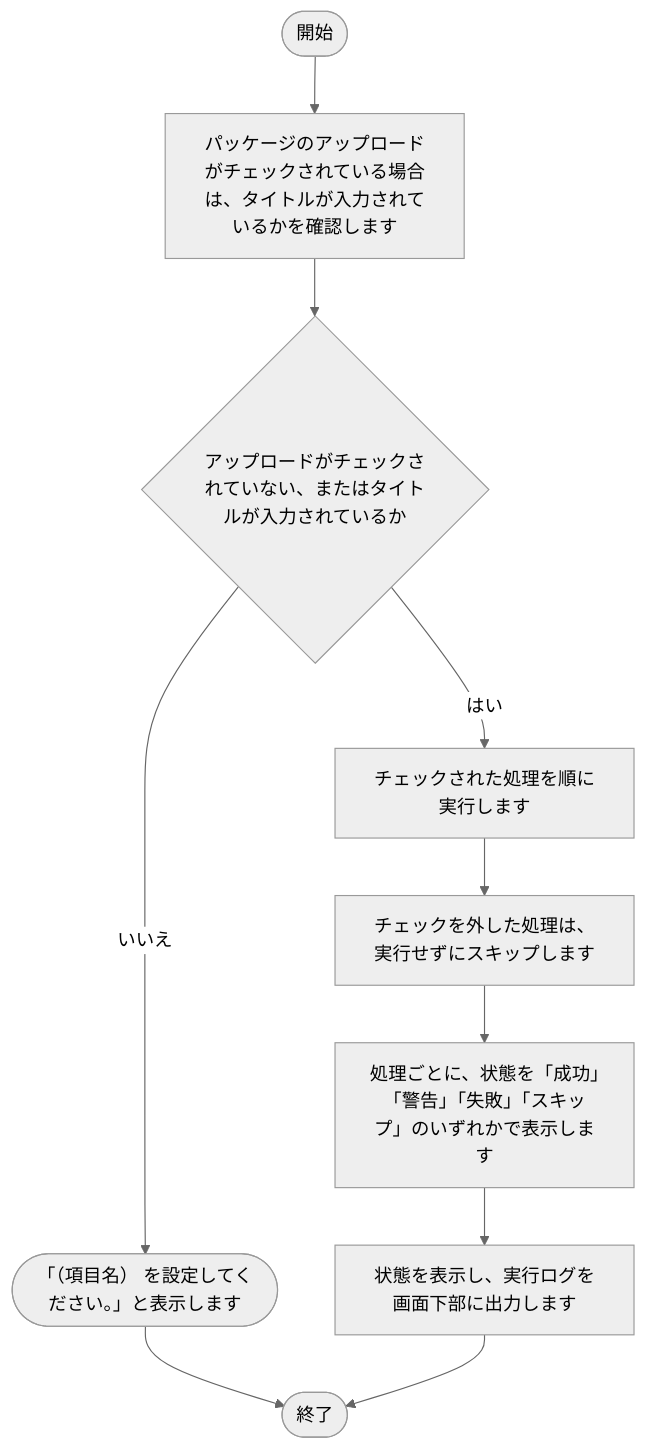
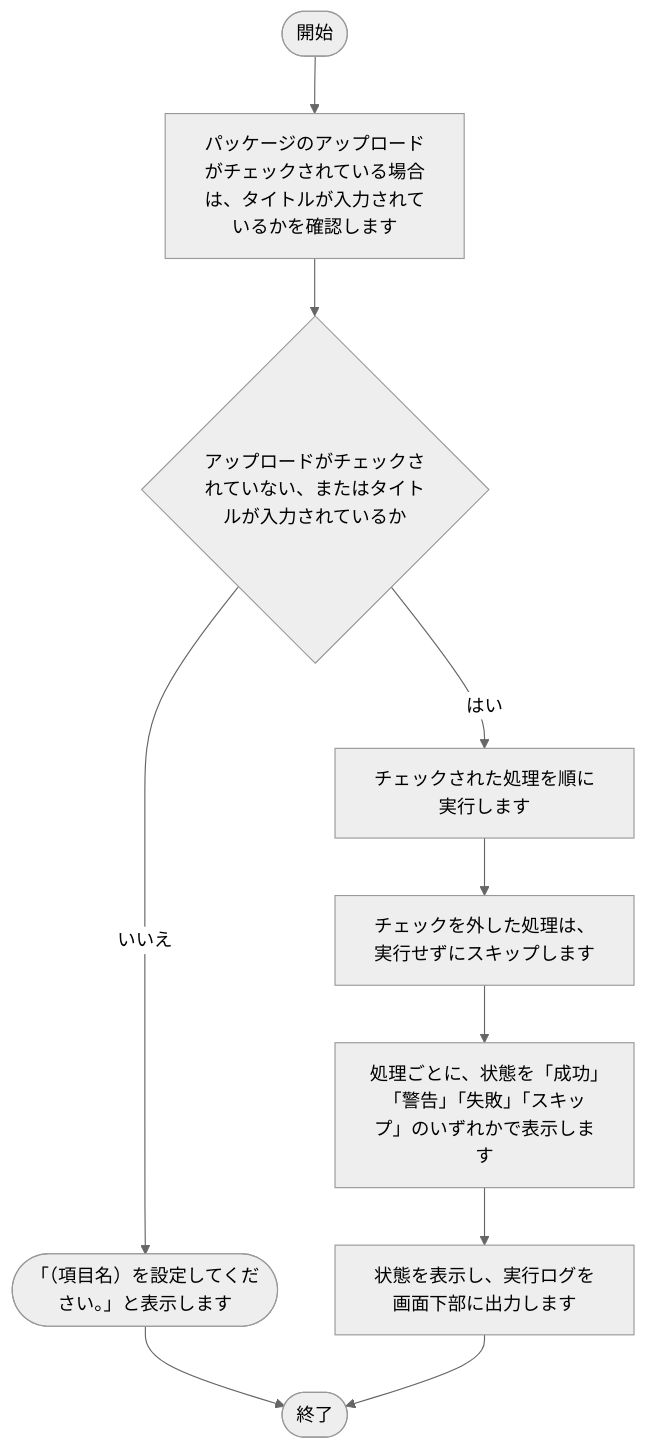
The first of 13 diagrams in tool/package-generator/doc/02_設計/処理フロー.md (nishida2073/project_management), drawn with Mermaid (neutral theme) before and after one commit. The commit also changed other lines of this file and 4 other files, not shown here.

````diff
--- a/tool/package-generator/doc/02_設計/処理フロー.md
+++ b/tool/package-generator/doc/02_設計/処理フロー.md
@@ -36,21 +36,21 @@
 ```mermaid
 flowchart TD
     S(["開始"])
     E(["終了"])
     N1["パッケージのアップロードがチェックされている場合は、タイトルが入力されているかを確認します"]
     S --> N1
     N2{"アップロードがチェックされていない、またはタイトルが入力されているか"}
     N1 --> N2
-    X1(["「（項目名） を設定してください。」と表示します"])
+    X1(["「（項目名）を設定してください。」と表示します"])
     N2 -- はい --> N3
     N2 -- いいえ --> X1
     X1 --> E
     N3["チェックされた処理を順に実行します"]
     N4["チェックを外した処理は、実行せずにスキップします"]
     N3 --> N4
     N5["処理ごとに、状態を「成功」「警告」「失敗」「スキップ」のいずれかで表示します"]
     N4 --> N5
     N6["状態を表示し、実行ログを画面下部に出力します"]
     N5 --> N6
     N6 --> E
 ```
````
